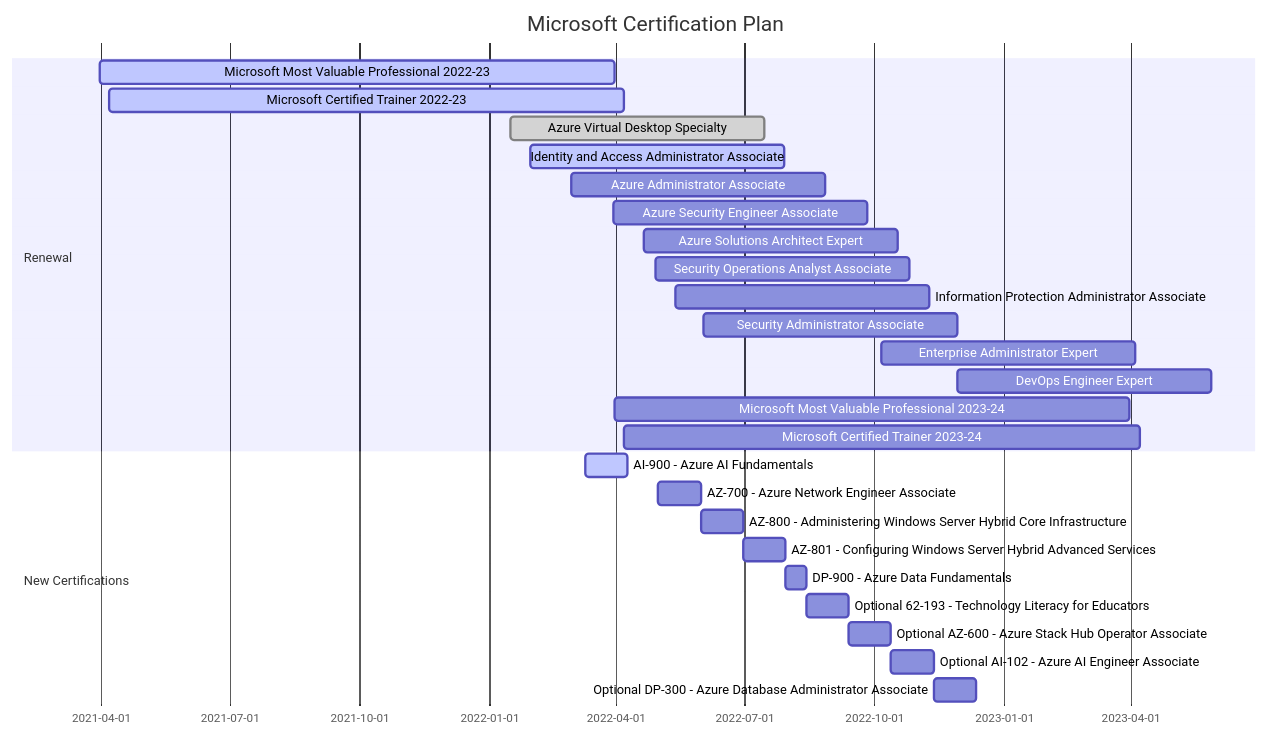
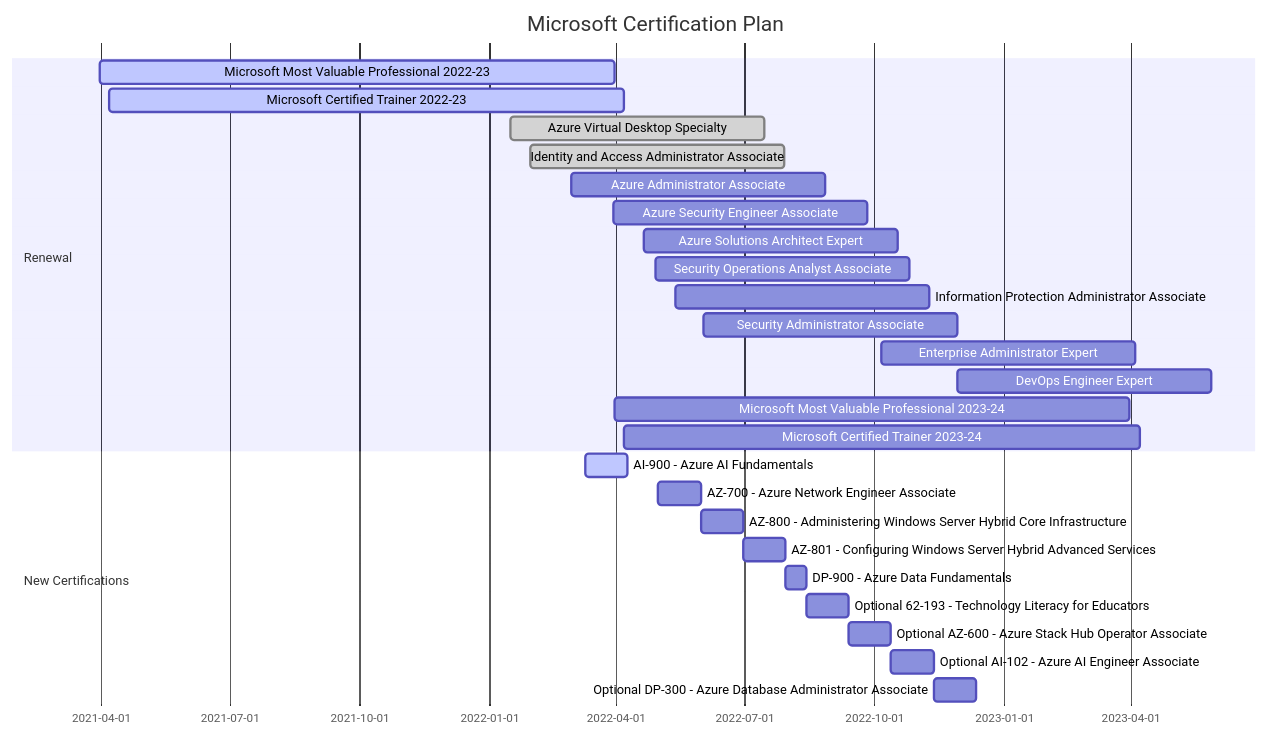
One commit to vukasinterzic/vukasinterzic changed the diagram in README.md. Above: the diagram before and after it, drawn with Mermaid.

Commit message:
renewed sc-300

````diff
--- a/README.md
+++ b/README.md
@@ -38,31 +38,31 @@
 ```mermaid
     gantt
     title Microsoft Certification Plan
     dateFormat  YYYY-MM-DD
     section Renewal
     Microsoft Most Valuable Professional 2022-23    :active, 2021-03-31, 365d
     Microsoft Certified Trainer 2022-23             :active, 2021-04-07, 365d
     Azure Virtual Desktop Specialty                 :done, 2022-01-16, 180d
-    Identity and Access Administrator Associate     :active, 2022-01-30, 180d
+    Identity and Access Administrator Associate     :done, 2022-01-30, 180d
     Azure Administrator Associate                   :a2, 2022-02-28, 180d
     Azure Security Engineer Associate               :a3, 2022-03-30, 180d
     Azure Solutions Architect Expert                :a4, 2022-04-21, 180d
     Security Operations Analyst Associate           :a5, 2022-04-29, 180d
     Information Protection Administrator Associate  :a6, 2022-05-13, 180d
     Security Administrator Associate                :a7, 2022-06-02, 180d
     Enterprise Administrator Expert                 :a8, 2022-10-06, 180d
     DevOps Engineer Expert                          :a9, 2022-11-29, 180d
     Microsoft Most Valuable Professional 2023-24    :a10, 2022-03-31, 365d
     Microsoft Certified Trainer 2023-24             :a11, 2022-04-07, 365d
 
     section New Certifications
     AI-900 - Azure AI Fundamentals                                      :active, 2022-03-10, 30d
     AZ-700 - Azure Network Engineer Associate                           :a12, 2022-05-01, 30d
     AZ-800 - Administering Windows Server Hybrid Core Infrastructure    :a13, after a12, 30d
     AZ-801 - Configuring Windows Server Hybrid Advanced Services        :a14, after a13, 30d
     DP-900 - Azure Data Fundamentals                                    :a15, after a14, 15d
     Optional 62-193 - Technology Literacy for Educators                 :a16, after a15, 30d
     Optional AZ-600 - Azure Stack Hub Operator Associate                :a17, after a16, 30d
     Optional AI-102 - Azure AI Engineer Associate                       :a18, after a17, 30d
     Optional DP-300 - Azure Database Administrator Associate            :a19, after a18, 30d
 ```
````
